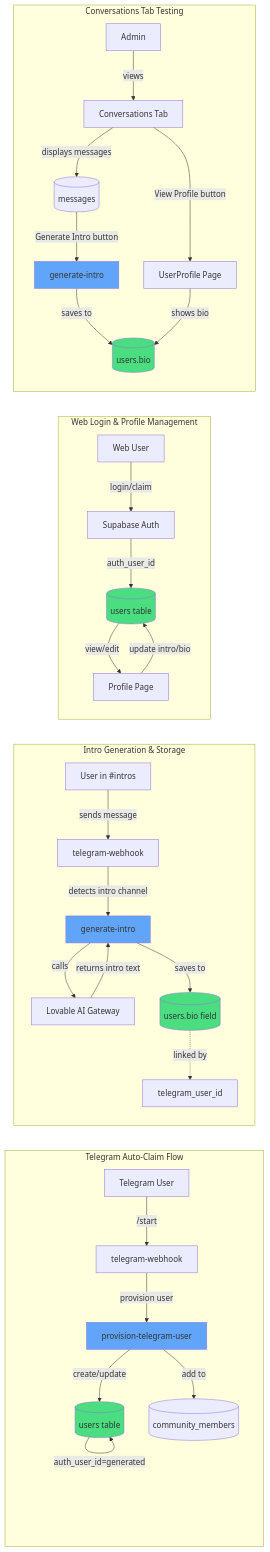
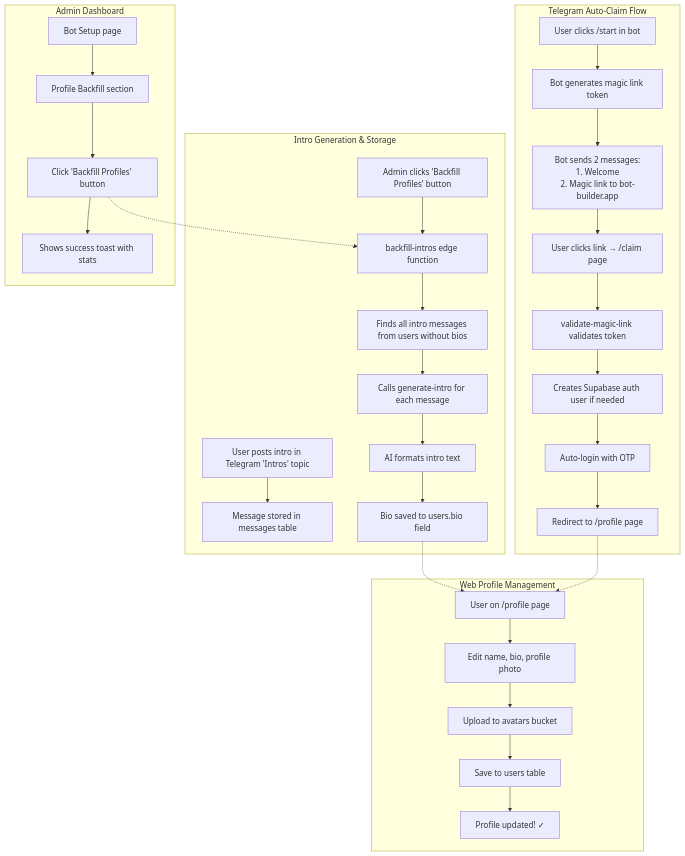
Before and after one commit to jackmielke/build-telegram-bots-with-a: the first of 2 diagrams in mermaids/profile-intro-system.md, drawn with Mermaid. The commit also changed other lines of this file and 3 other files, not shown here.

````diff
--- a/mermaids/profile-intro-system.md
+++ b/mermaids/profile-intro-system.md
@@ -5,44 +7,53 @@
 ```mermaid
-graph LR
-    subgraph "Telegram Auto-Claim Flow"
-        TG1[Telegram User] -->|/start| TW1[telegram-webhook]
-        TW1 -->|provision user| PTU1[provision-telegram-user]
-        PTU1 -->|create/update| U1[(users table)]
-        U1 -->|is_claimed=true| U1
-        U1 -->|auth_user_id=generated| U1
-        PTU1 -->|add to| CM1[(community_members)]
+flowchart TB
+    subgraph telegram[Telegram Auto-Claim Flow]
+        T1[User clicks /start in bot]
+        T2[Bot generates magic link token]
+        T3[Bot sends 2 messages:<br/>1. Welcome<br/>2. Magic link to bot-builder.app]
+        T4[User clicks link → /claim page]
+        T5[validate-magic-link validates token]
+        T6[Creates Supabase auth user if needed]
+        T7[Auto-login with OTP]
+        T8[Redirect to /profile page]
+        
+        T1 --> T2 --> T3 --> T4 --> T5 --> T6 --> T7 --> T8
     end
     
-    subgraph "Intro Generation & Storage"
-        TG2[User in #intros] -->|sends message| TW2[telegram-webhook]
-        TW2 -->|detects intro channel| GI[generate-intro]
-        GI -->|calls| LAI[Lovable AI Gateway]
-        LAI -->|returns intro text| GI
-        GI -->|saves to| U2[(users.bio field)]
-        U2 -.->|linked by| U2TG[telegram_user_id]
+    subgraph intro[Intro Generation & Storage]
+        I1[User posts intro in Telegram 'Intros' topic]
+        I2[Message stored in messages table]
+        I3[Admin clicks 'Backfill Profiles' button]
+        I4[backfill-intros edge function]
+        I5[Finds all intro messages from users without bios]
+        I6[Calls generate-intro for each message]
+        I7[AI formats intro text]
+        I8[Bio saved to users.bio field]
+        
+        I1 --> I2
+        I3 --> I4 --> I5 --> I6 --> I7 --> I8
     end
     
-    subgraph "Web Login & Profile Management"
-        WU[Web User] -->|login/claim| AUTH[Supabase Auth]
-        AUTH -->|auth_user_id| U3[(users table)]
-        U3 -->|view/edit| PROF[Profile Page]
-        PROF -->|update intro/bio| U3
+    subgraph web[Web Profile Management]
+        W1[User on /profile page]
+        W2[Edit name, bio, profile photo]
+        W3[Upload to avatars bucket]
+        W4[Save to users table]
+        W5[Profile updated! ✓]
+        
+        W1 --> W2 --> W3 --> W4 --> W5
     end
     
-    subgraph "Conversations Tab Testing"
-        ADMIN[Admin] -->|views| CONV[Conversations Tab]
-        CONV -->|displays messages| MSG[(messages)]
-        MSG -->|"Generate Intro" button| GI2[generate-intro]
-        GI2 -->|saves to| U4[(users.bio)]
-        CONV -->|"View Profile" button| VP[UserProfile Page]
-        VP -->|shows bio| U4
+    T8 -.-> W1
+    I8 -.-> W1
+    
+    subgraph admin[Admin Dashboard]
+        A1[Bot Setup page]
+        A2[Profile Backfill section]
+        A3[Click 'Backfill Profiles' button]
+        A4[Shows success toast with stats]
+        
+        A1 --> A2 --> A3 --> A4
     end
     
-    style U1 fill:#4ade80
-    style U2 fill:#4ade80
-    style U3 fill:#4ade80
-    style U4 fill:#4ade80
-    style PTU1 fill:#60a5fa
-    style GI fill:#60a5fa
-    style GI2 fill:#60a5fa
+    A3 -.-> I4
 ```
````
